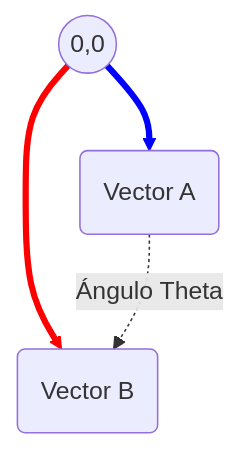
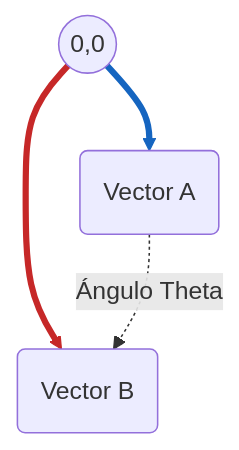
The second of 4 diagrams in clase_nlp_conceptos.md (rvergaraa/nlp-practic-course), drawn with Mermaid before and after one commit. The commit also changed other lines of this file, not shown here.

First line of the commit message:
Update Mermaid diagram styles for clarity

````diff
--- a/clase_nlp_conceptos.md
+++ b/clase_nlp_conceptos.md
@@ -94,8 +94,8 @@
 ```mermaid
 graph TD
     O((0,0)) --> A(Vector A)
     O --> B(Vector B)
-    linkStyle 0 stroke:blue,stroke-width:4px
-    linkStyle 1 stroke:red,stroke-width:4px
+    linkStyle 0 stroke:#1565c0,stroke-width:4px
+    linkStyle 1 stroke:#c62828,stroke-width:4px
     A -.->|Ángulo Theta| B
 ```
````
